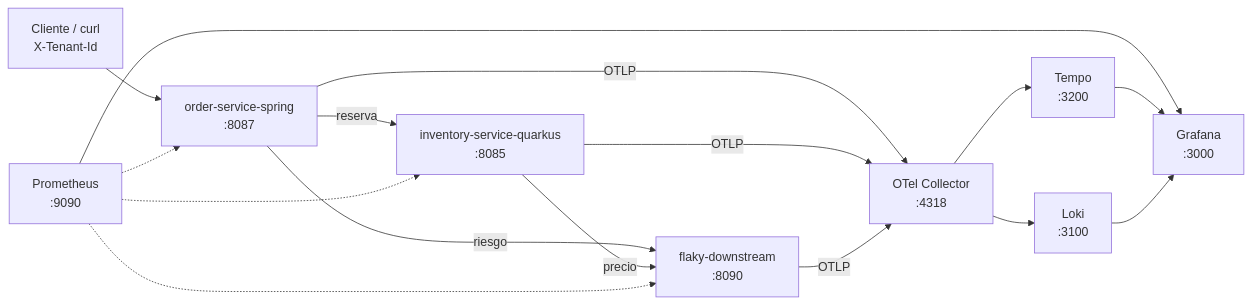
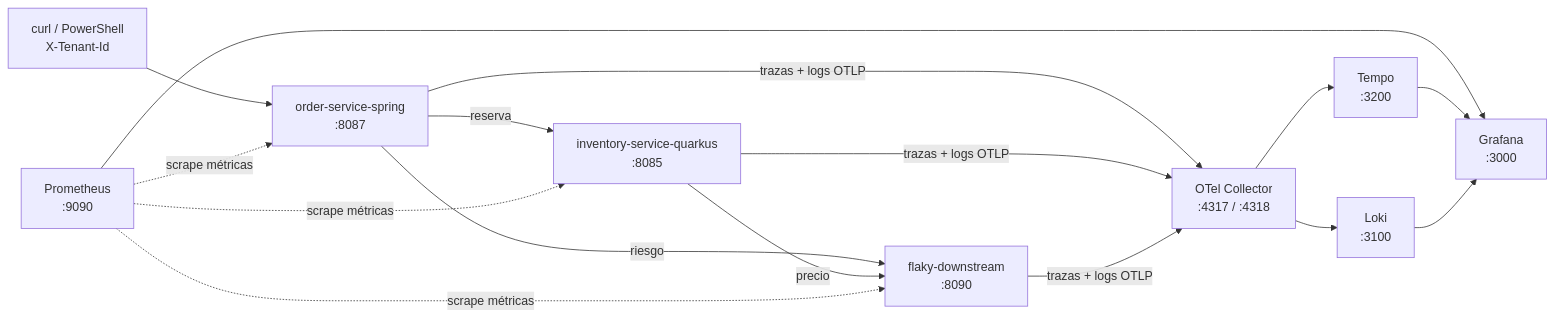
The diagram in modulo-09-observabilidad/README.md (joedayz/microservicios-2026), drawn with Mermaid before and after one commit. The commit also changed other lines of this file and 1 other file, not shown here.

````diff
--- a/modulo-09-observabilidad/README.md
+++ b/modulo-09-observabilidad/README.md
@@ -37,28 +29,22 @@
 ```mermaid
 flowchart LR
-    CLIENT["Cliente / curl<br/>X-Tenant-Id"]
+    CLIENT["curl / PowerShell<br/>X-Tenant-Id"]
     ORD["order-service-spring<br/>:8087"]
     INV["inventory-service-quarkus<br/>:8085"]
     FLK["flaky-downstream<br/>:8090"]
-    COL["OTel Collector<br/>:4318"]
+    COL["OTel Collector<br/>:4317 / :4318"]
     TEMPO["Tempo<br/>:3200"]
     LOKI["Loki<br/>:3100"]
     PROM["Prometheus<br/>:9090"]
     GRAF["Grafana<br/>:3000"]
 
     CLIENT --> ORD
     ORD -->|reserva| INV
     ORD -->|riesgo| FLK
     INV -->|precio| FLK
-    ORD -->|OTLP| COL
-    INV -->|OTLP| COL
-    FLK -->|OTLP| COL
+    ORD & INV & FLK -->|trazas + logs OTLP| COL
     COL --> TEMPO
     COL --> LOKI
-    PROM -.-> ORD
-    PROM -.-> INV
-    PROM -.-> FLK
-    PROM --> GRAF
-    TEMPO --> GRAF
-    LOKI --> GRAF
+    PROM -.->|scrape métricas| ORD & INV & FLK
+    PROM & TEMPO & LOKI --> GRAF
 ```
````
